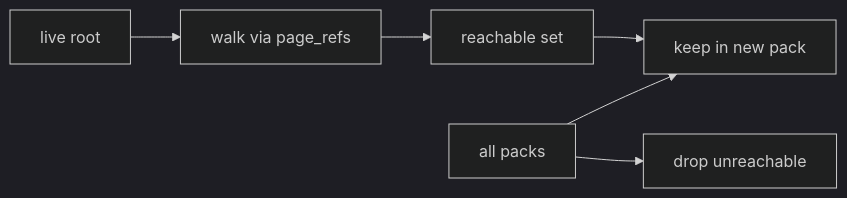
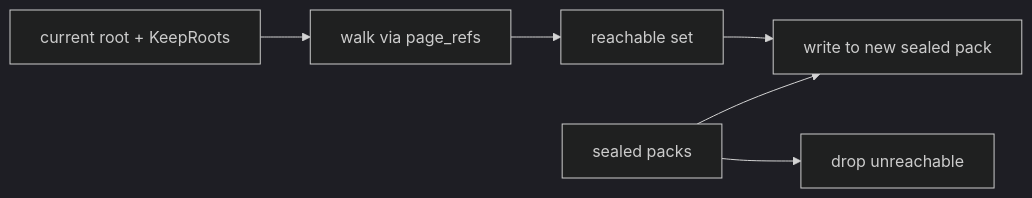
Before and after one commit to bondy-io/bondy: the ninth of 9 diagrams in apps/bondy_mst/doc_extras/architecture/02_bondy_mst.md, drawn with Mermaid (dark theme). The commit also changed other lines of this file and 449 other files, not shown here.

````diff
--- a/apps/bondy_mst/doc_extras/architecture/02_bondy_mst.md
+++ b/apps/bondy_mst/doc_extras/architecture/02_bondy_mst.md
@@ -450,8 +418,8 @@
 ```mermaid
 flowchart LR
-    R[live root] --> WALK[walk via page_refs]
+    R["current root + KeepRoots"] --> WALK[walk via page_refs]
     WALK --> REACH[reachable set]
-    REACH --> KEEP[keep in new pack]
-    OLD[all packs] --> KEEP
+    REACH --> KEEP[write to new sealed pack]
+    OLD[sealed packs] --> KEEP
     OLD --> DROP[drop unreachable]
 ```
````
